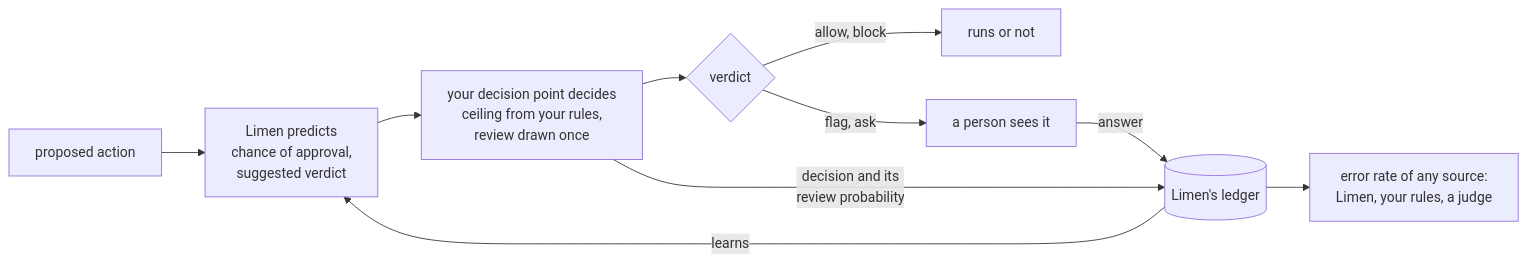
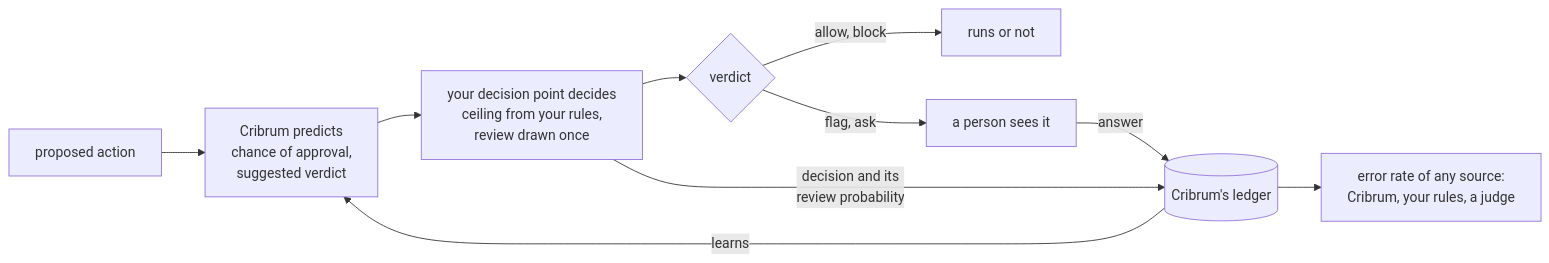
Before and after one commit to latere-ai/limen: the diagram in README.md, drawn with Mermaid. The commit also changed other lines of this file and 78 other files, not shown here.

Commit message:
repo: limen is renamed cribrum before the first release, the name being taken by several agent projects

````diff
--- a/README.md
+++ b/README.md
@@ -53,12 +53,12 @@
 ```mermaid
 flowchart LR
-  A[proposed action] --> P[Limen predicts<br/>chance of approval,<br/>suggested verdict]
+  A[proposed action] --> P[Cribrum predicts<br/>chance of approval,<br/>suggested verdict]
   P --> D[your decision point decides<br/>ceiling from your rules,<br/>review drawn once]
   D --> R{verdict}
   R -->|allow, block| X[runs or not]
   R -->|flag, ask| H[a person sees it]
-  D -->|decision and its<br/>review probability| L[(Limen's ledger)]
+  D -->|decision and its<br/>review probability| L[(Cribrum's ledger)]
   H -->|answer| L
   L -->|learns| P
-  L --> Rel[error rate of any source:<br/>Limen, your rules, a judge]
+  L --> Rel[error rate of any source:<br/>Cribrum, your rules, a judge]
 ```
````
